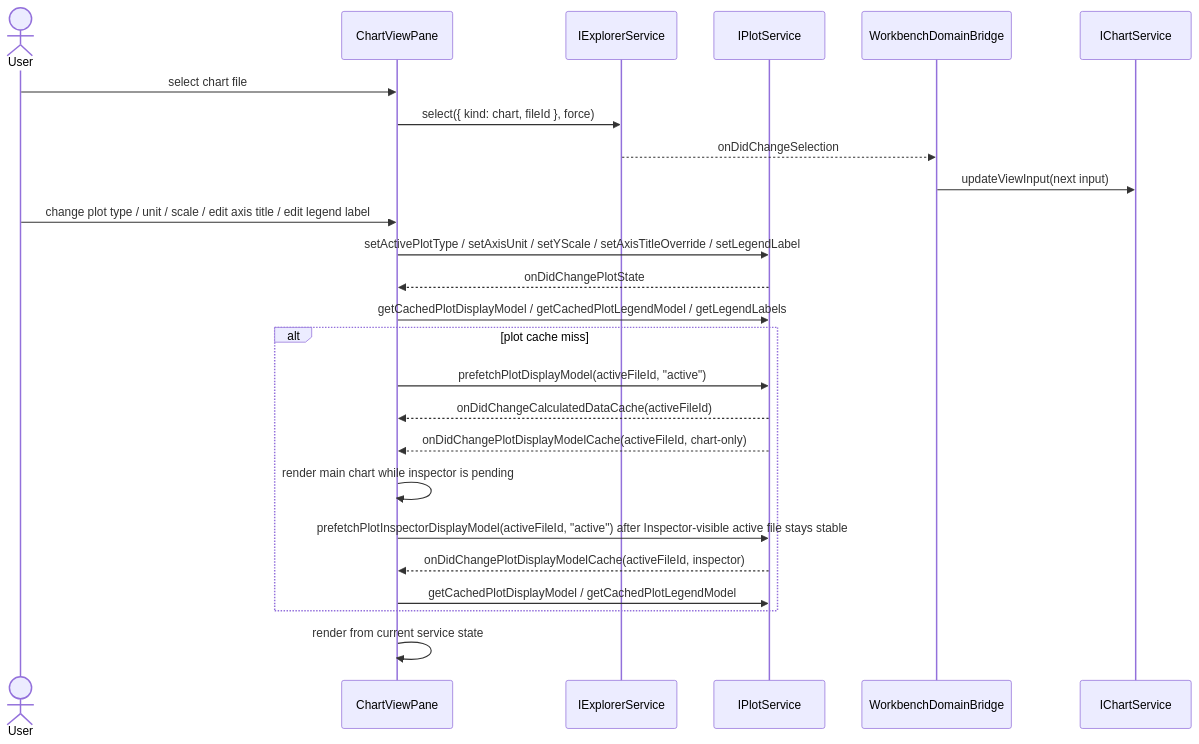
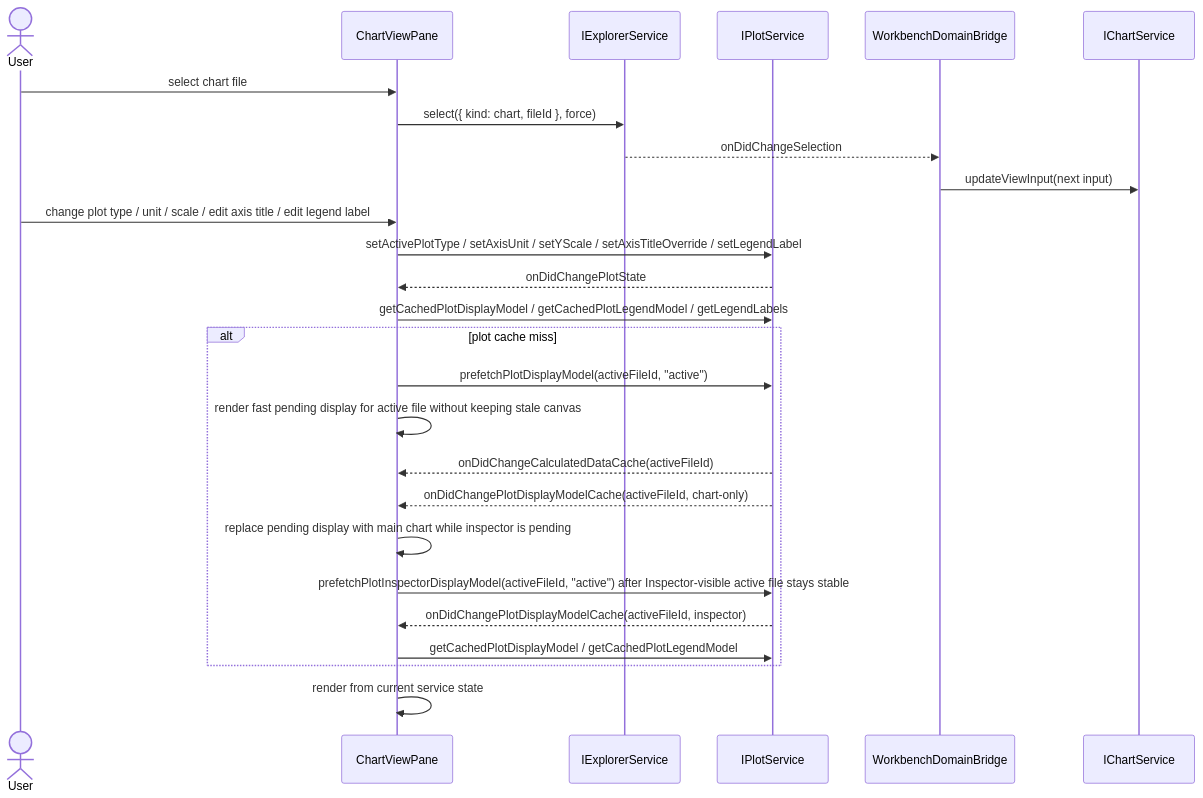
Before and after one commit to chogng/conductor: the second of 3 diagrams in .github/instructions/chart.instructions.md, drawn with Mermaid. The commit also changed other lines of this file and 12 other files, not shown here.

Commit message:
Show pending chart display while chart data loads

````diff
--- a/.github/instructions/chart.instructions.md
+++ b/.github/instructions/chart.instructions.md
@@ -109,28 +109,29 @@
 ```mermaid
 sequenceDiagram
     actor User
     participant ChartViewPane
     participant ExplorerService as IExplorerService
     participant PlotService as IPlotService
     participant DomainBridge as WorkbenchDomainBridge
     participant ChartService as IChartService
 
     User->>ChartViewPane: select chart file
     ChartViewPane->>ExplorerService: select({ kind: chart, fileId }, force)
     ExplorerService-->>DomainBridge: onDidChangeSelection
     DomainBridge->>ChartService: updateViewInput(next input)
     User->>ChartViewPane: change plot type / unit / scale / edit axis title / edit legend label
     ChartViewPane->>PlotService: setActivePlotType / setAxisUnit / setYScale / setAxisTitleOverride / setLegendLabel
     PlotService-->>ChartViewPane: onDidChangePlotState
     ChartViewPane->>PlotService: getCachedPlotDisplayModel / getCachedPlotLegendModel / getLegendLabels
     alt plot cache miss
         ChartViewPane->>PlotService: prefetchPlotDisplayModel(activeFileId, "active")
+        ChartViewPane->>ChartViewPane: render fast pending display for active file without keeping stale canvas
         PlotService-->>ChartViewPane: onDidChangeCalculatedDataCache(activeFileId)
         PlotService-->>ChartViewPane: onDidChangePlotDisplayModelCache(activeFileId, chart-only)
-        ChartViewPane->>ChartViewPane: render main chart while inspector is pending
+        ChartViewPane->>ChartViewPane: replace pending display with main chart while inspector is pending
         ChartViewPane->>PlotService: prefetchPlotInspectorDisplayModel(activeFileId, "active") after Inspector-visible active file stays stable
         PlotService-->>ChartViewPane: onDidChangePlotDisplayModelCache(activeFileId, inspector)
         ChartViewPane->>PlotService: getCachedPlotDisplayModel / getCachedPlotLegendModel
     end
     ChartViewPane->>ChartViewPane: render from current service state
 ```
````
